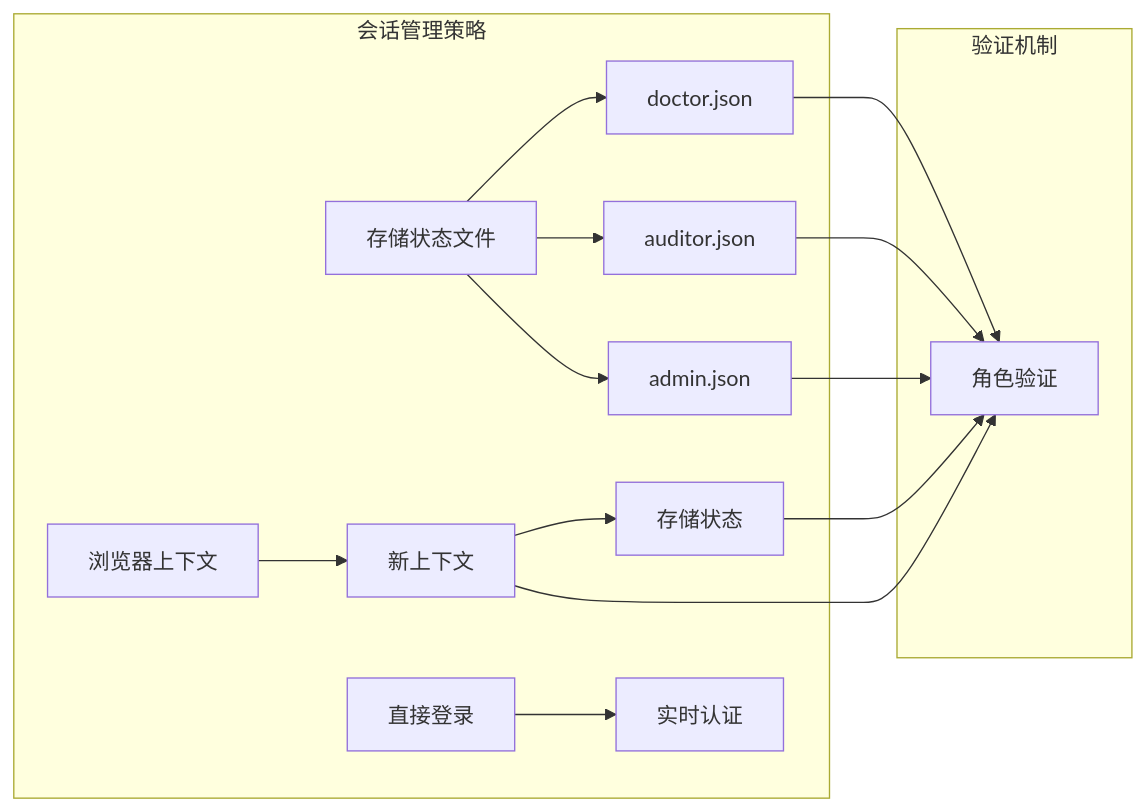
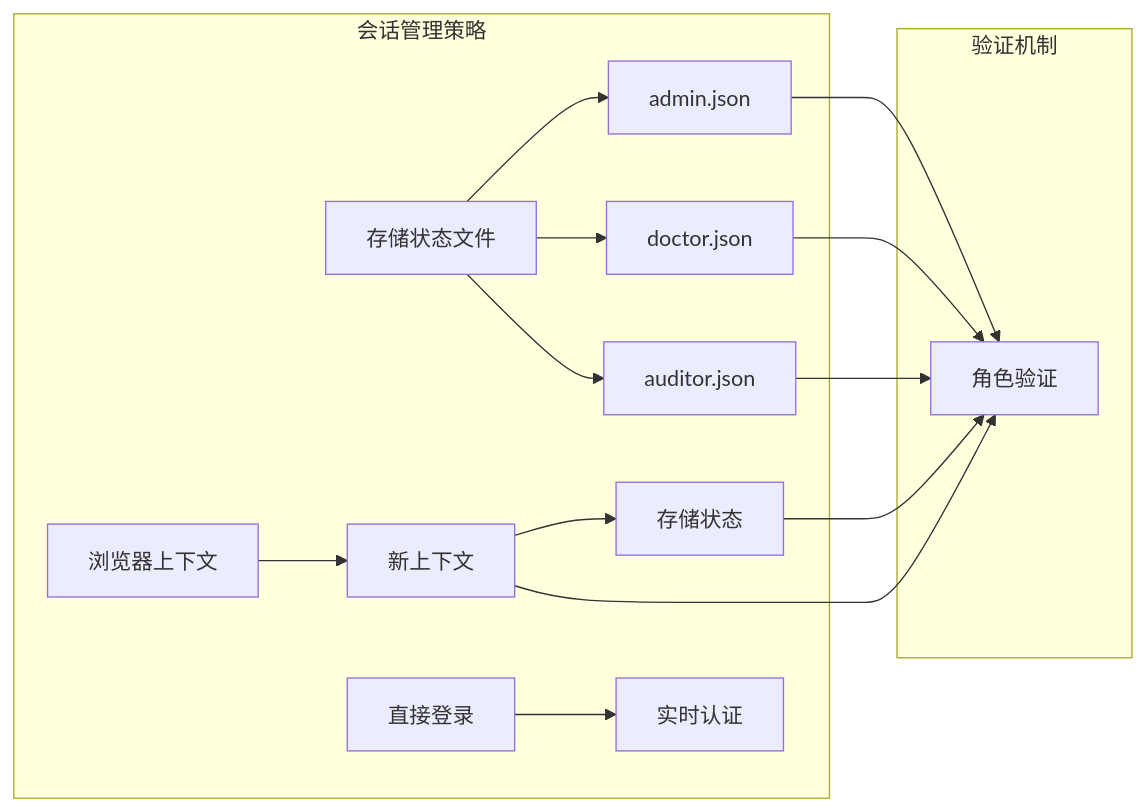
The eighth of 11 diagrams in .qoder/repowiki/zh/content/页面对象设计模式/登录页面封装.md (zzgoviziwind/--playwright), drawn with Mermaid before and after one commit. The commit also changed other lines of this file and 112 other files, not shown here.

````diff
--- a/.qoder/repowiki/zh/content/页面对象设计模式/登录页面封装.md
+++ b/.qoder/repowiki/zh/content/页面对象设计模式/登录页面封装.md
@@ -291,18 +309,18 @@
 ```mermaid
 graph LR
 subgraph "会话管理策略"
-A[存储状态文件] --> B[doctor.json]
-A --> C[auditor.json]
-A --> D[admin.json]
+A[存储状态文件] --> B[admin.json]
+A --> C[doctor.json]
+A --> D[auditor.json]
 E[浏览器上下文] --> F[新上下文]
 F --> G[存储状态]
 H[直接登录] --> I[实时认证]
 end
 subgraph "验证机制"
 B --> J[角色验证]
 C --> J
 D --> J
 G --> J
 F --> J
 end
 ```
````
